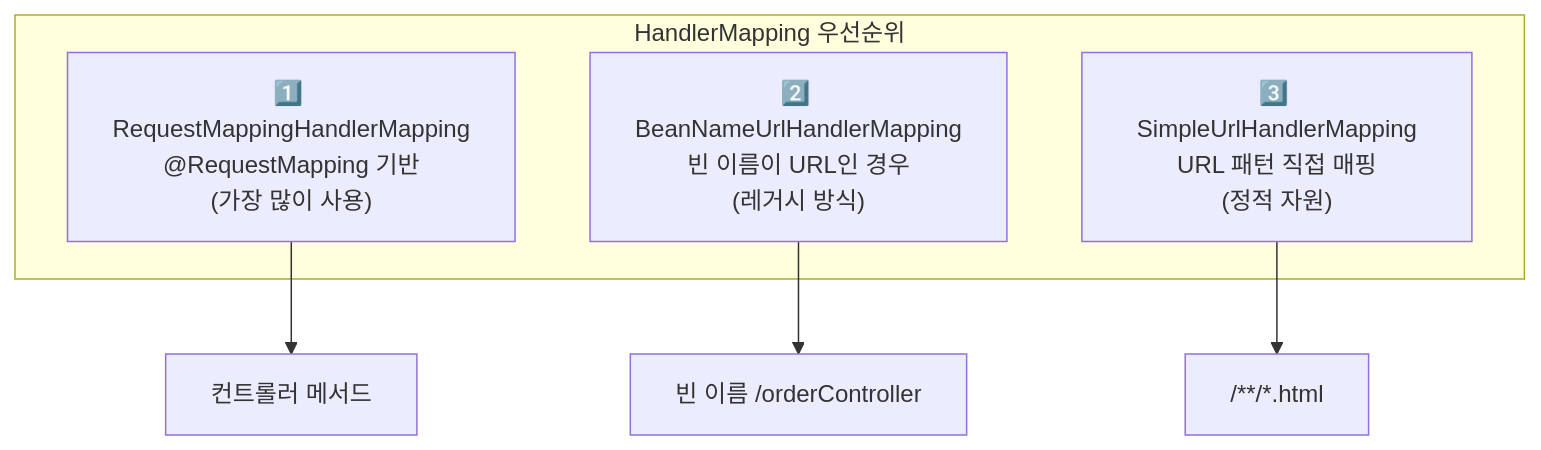
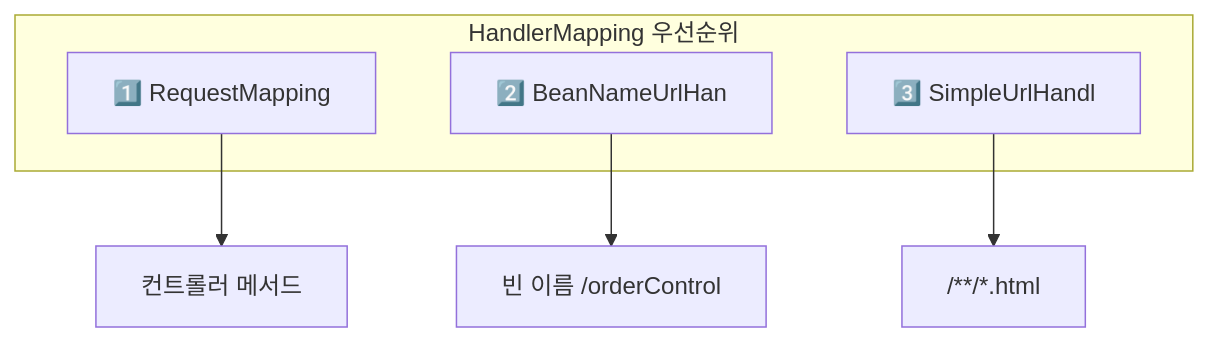
Before and after one commit to yjkim2015/yjkim2015.github.io: the fourth of 14 diagrams in _posts/spring/2026-05-02-spring-mvc-deep.md, drawn with Mermaid. The commit also changed other lines of this file and 271 other files, not shown here.

First line of the commit message:
Mermaid 라벨 축소: 긴 노드 텍스트 18자 이하로 트림 + \n 제거

````diff
--- a/_posts/spring/2026-05-02-spring-mvc-deep.md
+++ b/_posts/spring/2026-05-02-spring-mvc-deep.md
@@ -189,11 +189,11 @@
 ```mermaid
 graph TD
     subgraph "HandlerMapping 우선순위"
-        A["1️⃣ RequestMappingHandlerMapping\n@RequestMapping 기반\n(가장 많이 사용)"]
-        B["2️⃣ BeanNameUrlHandlerMapping\n빈 이름이 URL인 경우\n(레거시 방식)"]
-        D["3️⃣ SimpleUrlHandlerMapping\nURL 패턴 직접 매핑\n(정적 자원)"]
+        A["1️⃣ RequestMapping"]
+        B["2️⃣ BeanNameUrlHan"]
+        D["3️⃣ SimpleUrlHandl"]
     end
     A --> E["컨트롤러 메서드"]
-    B --> F["빈 이름 /orderController"]
+    B --> F["빈 이름 /orderControl"]
     D --> H["/**/*.html"]
 ```
````
